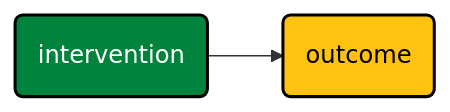
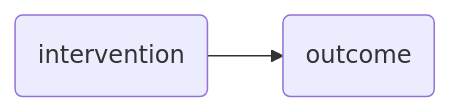
The first of 2 diagrams in be-less-wrong/be-less-wrong.qmd (agrogan1/closeread), drawn with Mermaid before and after one commit. The commit also changed other lines of this file and 2 other files, not shown here.

````diff
--- a/be-less-wrong/be-less-wrong.qmd
+++ b/be-less-wrong/be-less-wrong.qmd
@@ -182,15 +182,15 @@
 ```{mermaid}
 flowchart LR
 
   classDef yellow fill:#FFC20E,stroke:#000000,stroke-width:2px,color:#000000;
   
   classDef blue fill:#374EA2,stroke:#000000,stroke-width:2px,color:#FFFFFF;
   
   classDef green fill:#00833D,stroke:#000000,stroke-width:2px,color:#FFFFFF;
   
   classDef orange fill:#D86018,stroke:#000000,stroke-width:2px,color:#FFFFFF;
   
   classDef red fill:#9A3324,stroke:#000000,stroke-width:2px,color:#FFFFFF;
 
-  intervention(intervention):::green --> outcome(outcome):::yellow
+  intervention(intervention) --> outcome(outcome)
 ```
````
